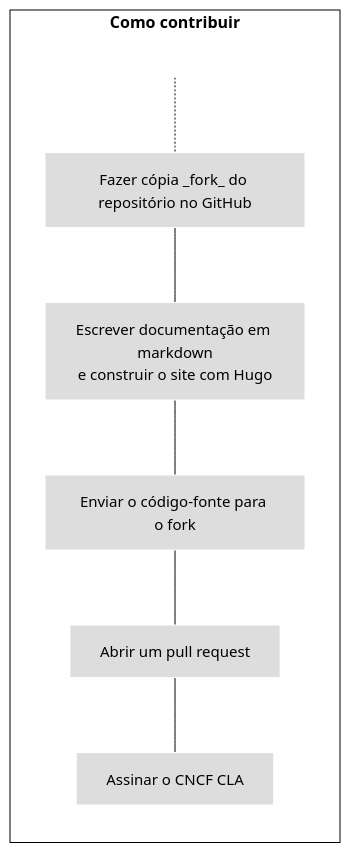
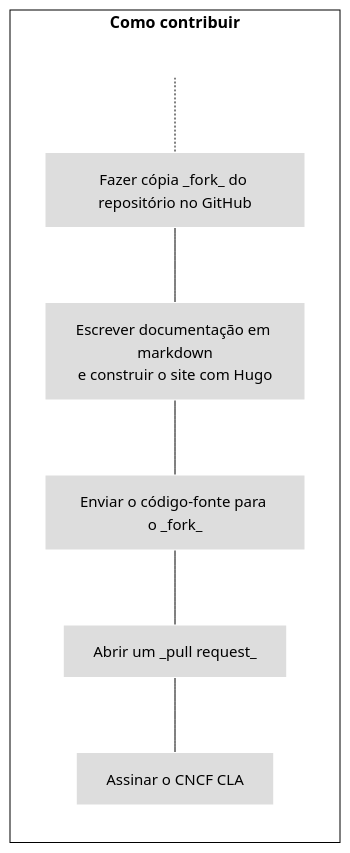
One commit to open-telemetry/opentelemetry.io changed the first of 4 diagrams in content/pt/docs/contributing/pull-requests.md. Above: the diagram before and after it, drawn with Mermaid (forest theme). The commit also changed other lines of this file, not shown here.

````diff
--- a/content/pt/docs/contributing/pull-requests.md
+++ b/content/pt/docs/contributing/pull-requests.md
@@ -41,18 +41,18 @@
 ```mermaid
 flowchart LR
     subgraph first[Como contribuir]
     direction TB
        T[ ] -.-
        B[Fazer cópia _fork_ do repositório no GitHub] --- C[Escrever documentação em markdown<br>e construir o site com Hugo]
-       C --- D[Enviar o código-fonte para o fork]
-       D --- E[Abrir um pull request]
+       C --- D[Enviar o código-fonte para o _fork_]
+       D --- E[Abrir um _pull request_]
        E --- F[Assinar o CNCF CLA]
     end
 
 classDef grey fill:#dddddd,stroke:#ffffff,stroke-width:px,color:#000000, font-size:15px;
 classDef white fill:#ffffff,stroke:#000,stroke-width:px,color:#000,font-weight:bold
 classDef spacewhite fill:#ffffff,stroke:#fff,stroke-width:0px,color:#000
 class A,B,C,D,E,F,G,H grey
 class S,T spacewhite
 class first,second white
 ```
````
